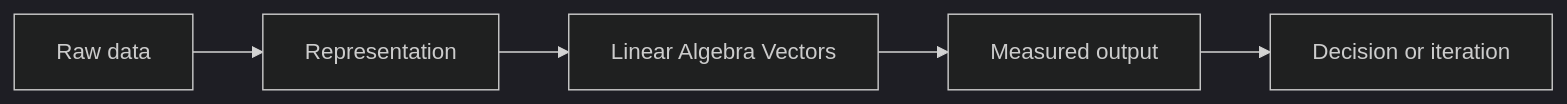
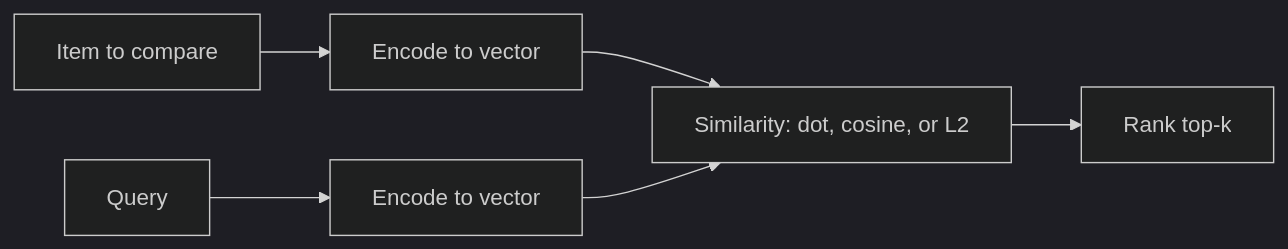
One commit to Icon1cc/Machine-Learning changed the diagram in math/02-linear-algebra-vectors.md. Above: the diagram before and after it, drawn with Mermaid (dark theme). The commit also changed other lines of this file and 264 other files, not shown here.

````diff
--- a/math/02-linear-algebra-vectors.md
+++ b/math/02-linear-algebra-vectors.md
@@ -92,7 +73,8 @@
 ```mermaid
 flowchart LR
-    A[Raw data] --> B[Representation]
-    B --> C[Linear Algebra Vectors]
-    C --> D[Measured output]
-    D --> E[Decision or iteration]
+    A[Item to compare] --> E1[Encode to vector]
+    B[Query] --> E2[Encode to vector]
+    E1 --> S[Similarity: dot, cosine, or L2]
+    E2 --> S
+    S --> R[Rank top-k]
 ```
````
